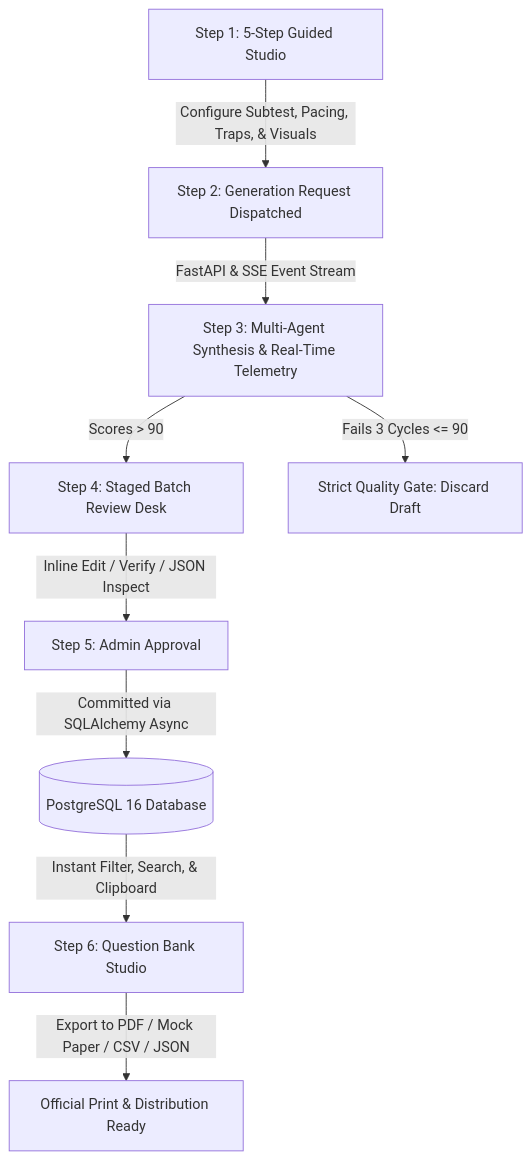
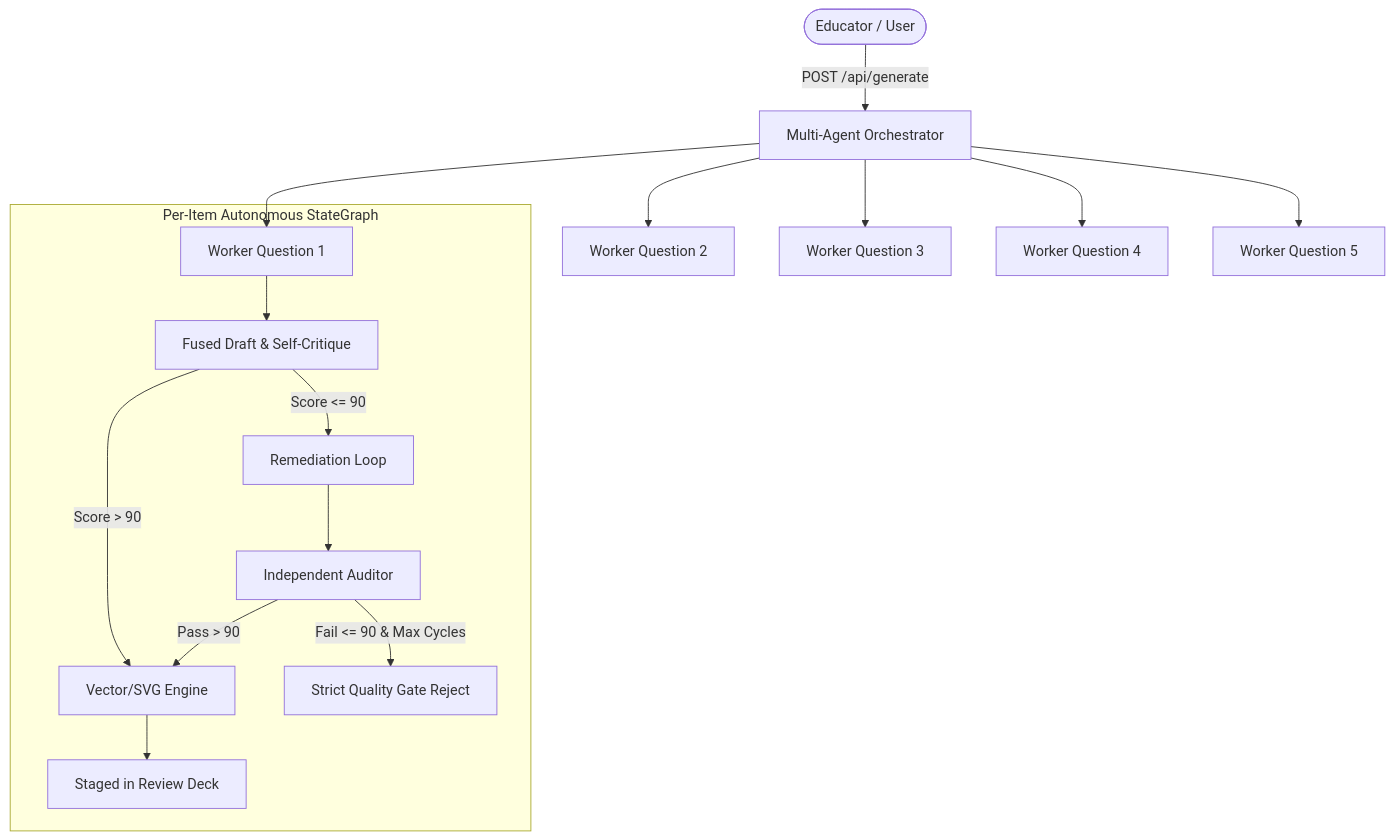
The diagram in docs/CLIENT_SYSTEM_AND_WORKFLOW_GUIDE.md (VishwamPatel-Infynno/MCAT-Question-Bank-Generator), drawn with Mermaid before and after one commit. The commit also changed other lines of this file and 69 other files, not shown here.

First line of the commit message:
feat(mcat): transition to official AAMC MCAT standard with fixed 5-question batches and binary passage architecture

````diff
--- a/docs/CLIENT_SYSTEM_AND_WORKFLOW_GUIDE.md
+++ b/docs/CLIENT_SYSTEM_AND_WORKFLOW_GUIDE.md
@@ -52,11 +69,19 @@
 ```mermaid
 graph TD
-    A[Step 1: 5-Step Guided Studio] -->|Configure Subtest, Pacing, Traps, & Visuals| B[Step 2: Generation Request Dispatched]
-    B -->|FastAPI & SSE Event Stream| C[Step 3: Multi-Agent Synthesis & Real-Time Telemetry]
-    C -->|Scores > 90| D[Step 4: Staged Batch Review Desk]
-    C -->|Fails 3 Cycles <= 90| R[Strict Quality Gate: Discard Draft]
-    D -->|Inline Edit / Verify / JSON Inspect| E[Step 5: Admin Approval]
-    E -->|Committed via SQLAlchemy Async| F[(PostgreSQL 16 Database)]
-    F -->|Instant Filter, Search, & Clipboard| G[Step 6: Question Bank Studio]
-    G -->|Export to PDF / Mock Paper / CSV / JSON| H[Official Print & Distribution Ready]
+    User([Educator / User]) -->|POST /api/generate| Engine[Multi-Agent Orchestrator]
+    Engine --> Worker1[Worker Question 1]
+    Engine --> Worker2[Worker Question 2]
+    Engine --> Worker3[Worker Question 3]
+    Engine --> Worker4[Worker Question 4]
+    Engine --> Worker5[Worker Question 5]
+
+    subgraph "Per-Item Autonomous StateGraph"
+        Worker1 --> Fused[Fused Draft & Self-Critique]
+        Fused -->|Score > 90| ImageGen[Vector/SVG Engine]
+        Fused -->|Score <= 90| Remediation[Remediation Loop]
+        Remediation --> Auditor[Independent Auditor]
+        Auditor -->|Pass > 90| ImageGen
+        Auditor -->|Fail <= 90 & Max Cycles| Reject[Strict Quality Gate Reject]
+        ImageGen --> Staged[Staged in Review Deck]
+    end
 ```
````
